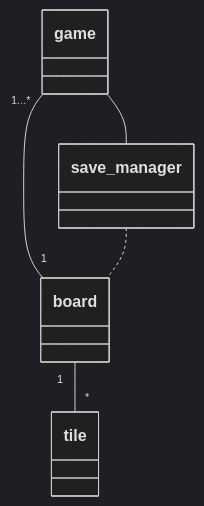
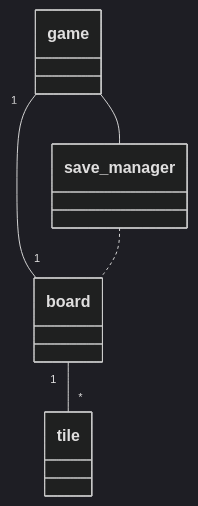
One commit to Jhy9/ot-harjoitustyo changed the first of 4 diagrams in dokumentaatio/arkkitehtuuri.md. Above: the diagram before and after it, drawn with Mermaid (dark theme).

````diff
--- a/dokumentaatio/arkkitehtuuri.md
+++ b/dokumentaatio/arkkitehtuuri.md
@@ -2,9 +2,9 @@
 ```mermaid
 classDiagram
 
-game "1...*"--"1" board
+game "1"--"1" board
 board "1"--"*" tile
 game -- save_manager
 save_manager .. board
 
 ```
````
